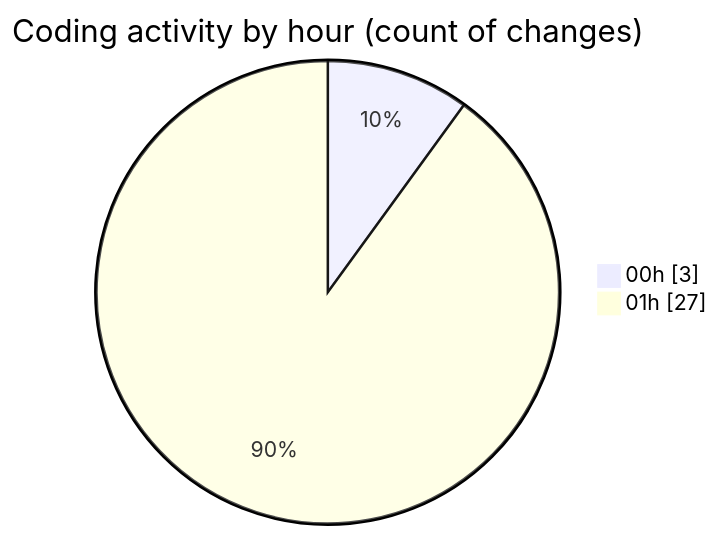
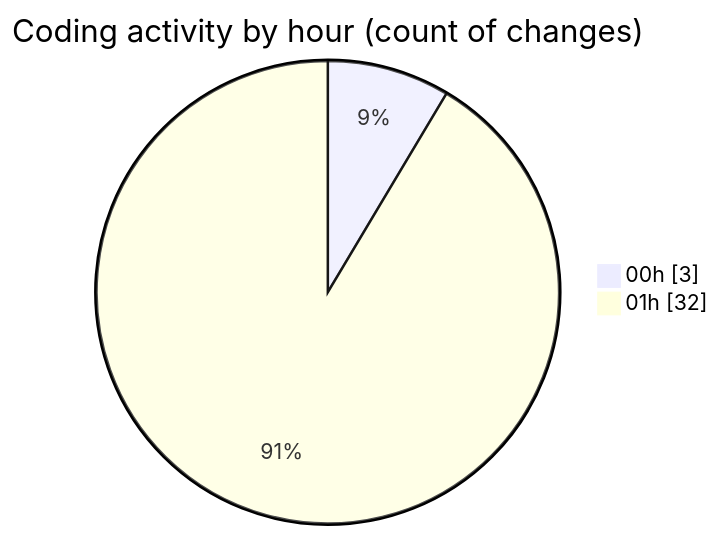
Before and after one commit to mevix1/code-tracking: the second of 2 diagrams in 2025-10-02/oura-api/README.md, drawn with Mermaid. The commit also changed other lines of this file and 1 other file, not shown here.

````diff
--- a/2025-10-02/oura-api/README.md
+++ b/2025-10-02/oura-api/README.md
@@ -62,6 +62,6 @@
 ```mermaid
 pie showData
 title Coding activity by hour (count of changes)
 "00h" : 3
-"01h" : 27
+"01h" : 32
 ```
````
